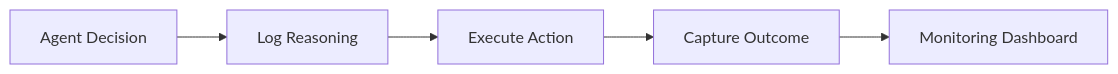
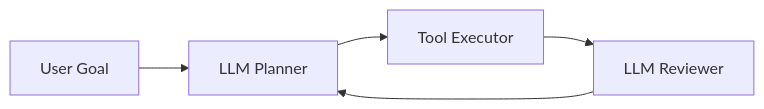
Before and after one commit to m-rizqinovniari/agentic-handbook: the fourth of 5 diagrams in docusaurus/docs/part-3/chapter-9.md, drawn with Mermaid. The commit also changed other lines of this file and 19 other files, not shown here.

````diff
--- a/docusaurus/docs/part-3/chapter-9.md
+++ b/docusaurus/docs/part-3/chapter-9.md
@@ -185,7 +280,9 @@
 ```mermaid
-flowchart LR
-    A[Agent Decision] --> B[Log Reasoning]
-    B --> C[Execute Action]
-    C --> D[Capture Outcome]
-    D --> E[Monitoring Dashboard]
+graph LR
+    U[User Goal]
+    P[LLM Planner]
+    E[Tool Executor]
+    R[LLM Reviewer]
+
+    U --> P --> E --> R --> P
 ```
````
